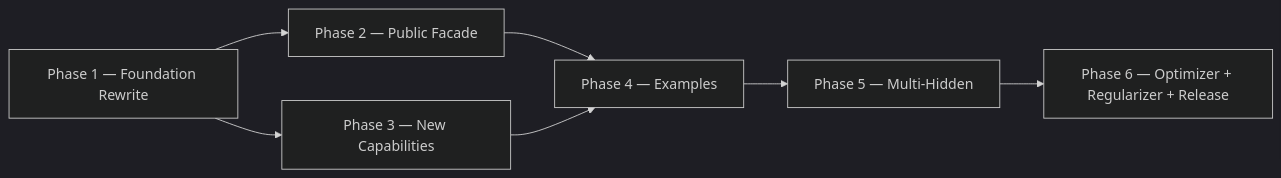
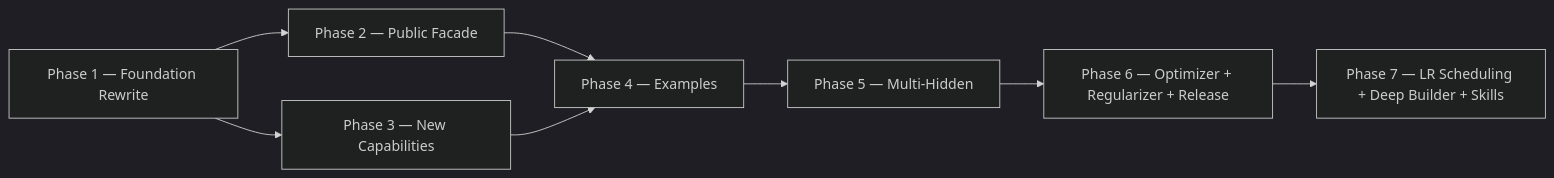
Before and after one commit to teratron/gonn: the diagram in .design/PLAN.md, drawn with Mermaid (dark theme). The commit also changed other lines of this file and 6 other files, not shown here.

````diff
--- a/.design/PLAN.md
+++ b/.design/PLAN.md
@@ -137,9 +150,10 @@
 ```mermaid
 graph LR
   A1[Phase 1 — Foundation Rewrite] --> B1[Phase 2 — Public Facade]
   A1 --> C1[Phase 3 — New Capabilities]
   B1 --> D1[Phase 4 — Examples]
   C1 --> D1
   D1 --> E1[Phase 5 — Multi-Hidden]
   E1 --> F1[Phase 6 — Optimizer + Regularizer + Release]
+  F1 --> G1[Phase 7 — LR Scheduling + Deep Builder + Skills]
 ```
````
